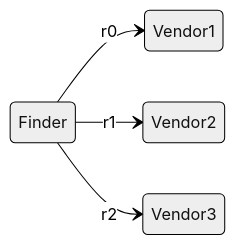
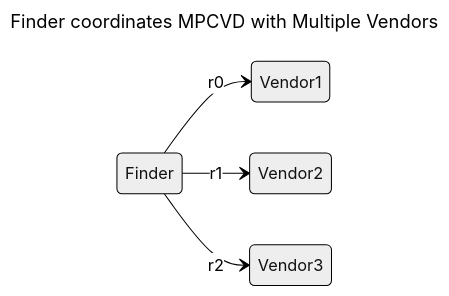
The fifth of 8 diagrams in docs/process_models/rm/rm_interactions.md (CERTCC/Vultron), drawn with Mermaid (neutral theme) before and after one commit. The commit also changed other lines of this file and 4 other files, not shown here.

Commit message:
add some diagram titles

````diff
--- a/docs/process_models/rm/rm_interactions.md
+++ b/docs/process_models/rm/rm_interactions.md
@@ -330,7 +342,10 @@
 ```mermaid
+---
+title: Finder coordinates MPCVD with Multiple Vendors
+---
 stateDiagram-v2
     direction LR
     Finder --> Vendor1: r0
     Finder --> Vendor2: r1
     Finder --> Vendor3: r2
 ```
````
